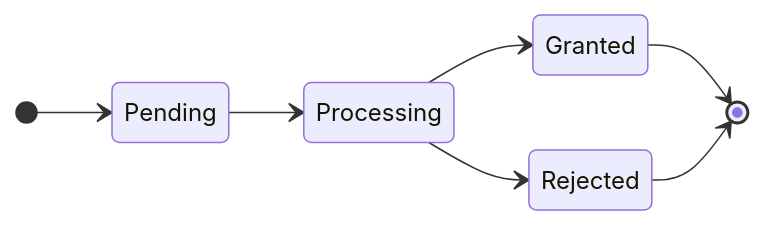
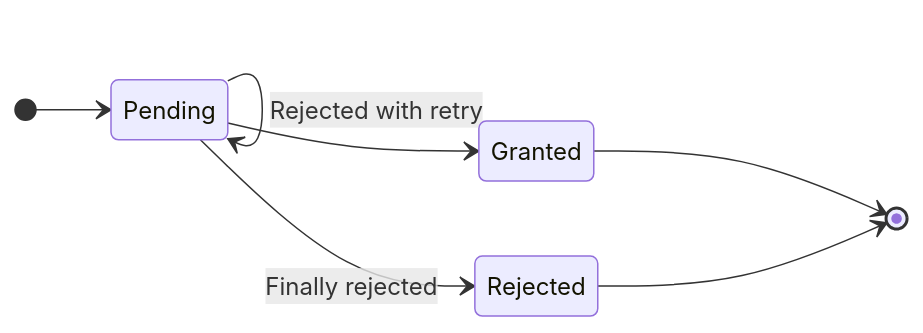
Before and after one commit to criteo/node-disruption-controller: the first of 2 diagrams in README.md, drawn with Mermaid. The commit also changed other lines of this file and 9 other files, not shown here.

````diff
--- a/README.md
+++ b/README.md
@@ -72,11 +72,12 @@
 ```mermaid
 stateDiagram
     direction LR
     [*] --> Pending
 
-    Pending --> Processing
-    Processing --> Granted
-    Processing --> Rejected
+    Pending --> Pending: Rejected with retry
+    Pending --> Granted
+    Pending --> Rejected: Finally rejected
+
     Granted --> [*]
     Rejected --> [*]
 ```
````
